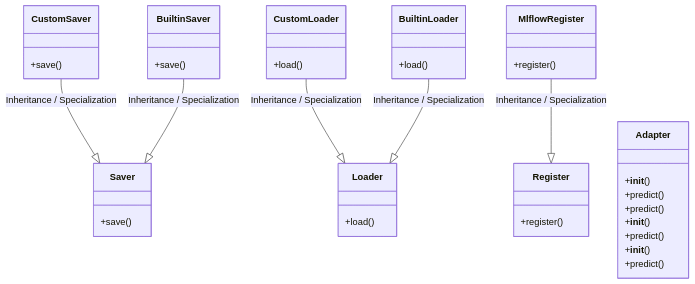
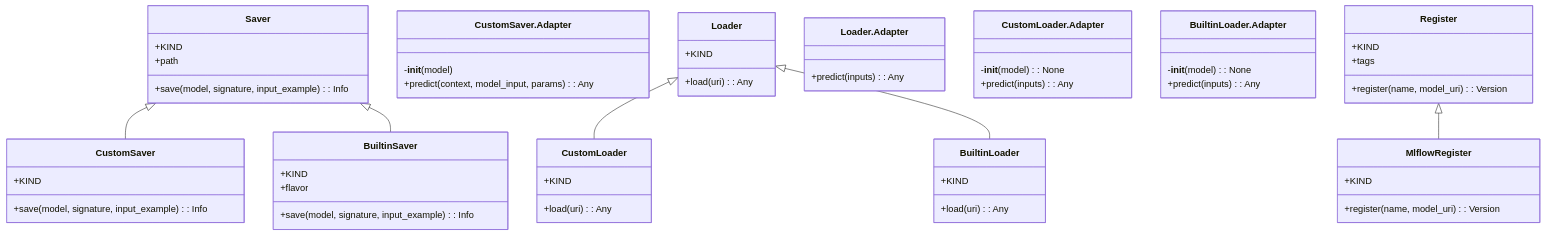
Before and after one commit to lgcorzo/mlops-python-package: the first of 4 diagrams in openwiki/src/regression_model_template/io/registries.md, drawn with Mermaid. The commit also changed other lines of this file and 91 other files, not shown here.

````diff
--- a/openwiki/src/regression_model_template/io/registries.md
+++ b/openwiki/src/regression_model_template/io/registries.md
@@ -20,48 +21,58 @@
 ```mermaid
 classDiagram
-    direction BT
     class Saver {
-        +save()
+        +KIND
+        +path
+        +save(model, signature, input_example) : Info
     }
     class CustomSaver {
-        +save()
+        +KIND
+        +save(model, signature, input_example) : Info
     }
-    Saver <|-- CustomSaver : Inheritance / Specialization
+    Saver <|-- CustomSaver
+    class CustomSaver.Adapter {
+        -__init__(model)
+        +predict(context, model_input, params) : Any
+    }
     class BuiltinSaver {
-        +save()
+        +KIND
+        +flavor
+        +save(model, signature, input_example) : Info
     }
-    Saver <|-- BuiltinSaver : Inheritance / Specialization
+    Saver <|-- BuiltinSaver
     class Loader {
-        +load()
+        +KIND
+        +load(uri) : Any
+    }
+    class Loader.Adapter {
+        +predict(inputs) : Any
     }
     class CustomLoader {
-        +load()
+        +KIND
+        +load(uri) : Any
     }
-    Loader <|-- CustomLoader : Inheritance / Specialization
+    Loader <|-- CustomLoader
+    class CustomLoader.Adapter {
+        -__init__(model) : None
+        +predict(inputs) : Any
+    }
     class BuiltinLoader {
-        +load()
+        +KIND
+        +load(uri) : Any
     }
-    Loader <|-- BuiltinLoader : Inheritance / Specialization
+    Loader <|-- BuiltinLoader
+    class BuiltinLoader.Adapter {
+        -__init__(model) : None
+        +predict(inputs) : Any
+    }
     class Register {
-        +register()
+        +KIND
+        +tags
+        +register(name, model_uri) : Version
     }
     class MlflowRegister {
-        +register()
+        +KIND
+        +register(name, model_uri) : Version
     }
-    Register <|-- MlflowRegister : Inheritance / Specialization
-    class Adapter {
-        +__init__()
-        +predict()
-    }
-    class Adapter {
-        +predict()
-    }
-    class Adapter {
-        +__init__()
-        +predict()
-    }
-    class Adapter {
-        +__init__()
-        +predict()
-    }
+    Register <|-- MlflowRegister
 ```
````
